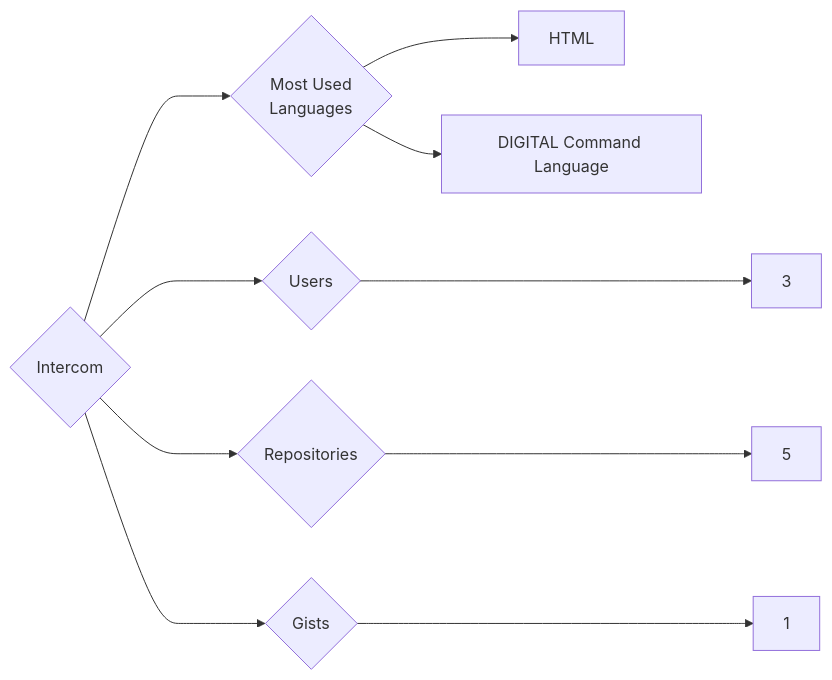
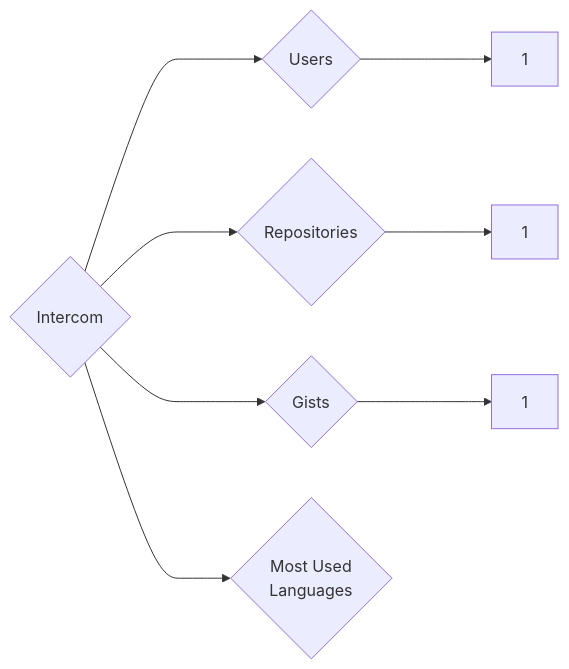
One commit to trickest/insiders changed the diagram in targets/Intercom/README.md. Above: the diagram before and after it, drawn with Mermaid. The commit also changed 859 other files, not shown here.

````diff
--- a/targets/Intercom/README.md
+++ b/targets/Intercom/README.md
@@ -3,10 +3,8 @@
 ```mermaid
 graph LR
 COMPANY_NAME{Intercom}
-COMPANY_NAME ---> U{Users} ---> UN[3]
-COMPANY_NAME ---> R{Repositories} ---> RN[5]
+COMPANY_NAME ---> U{Users} ---> UN[1]
+COMPANY_NAME ---> R{Repositories} ---> RN[1]
 COMPANY_NAME ---> G{Gists} ---> GN[1]
 COMPANY_NAME ---> ML{Most Used<br>Languages}
-ML --> HTML[HTML]
-ML --> DIGITAL_Command_Language[DIGITAL Command Language]
 ```
````
